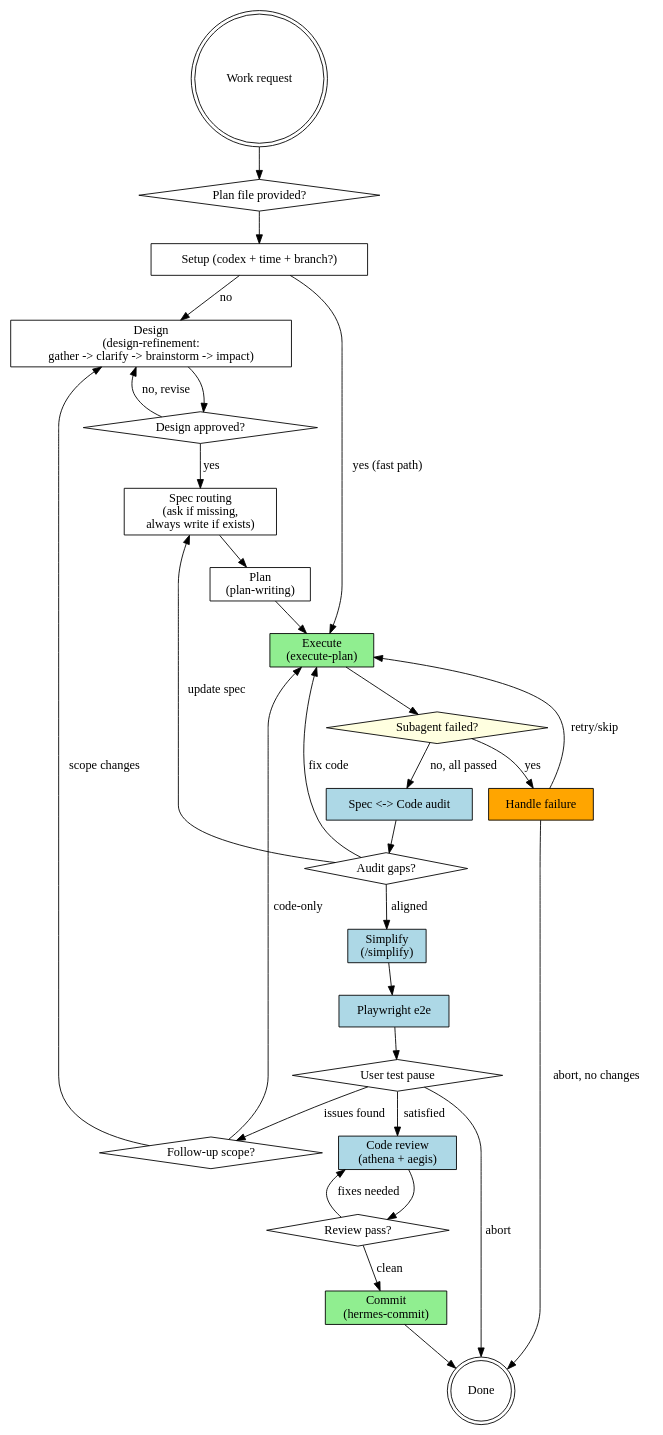
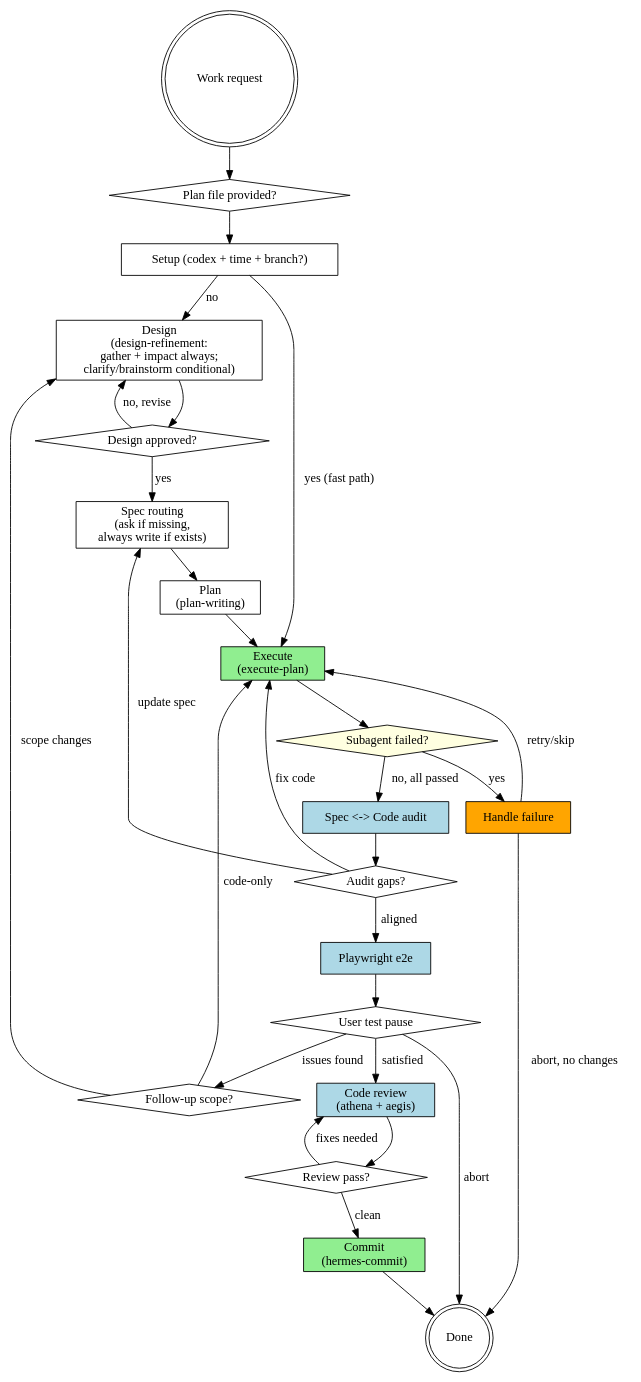
One commit to pandaworks-software-plt/pandahrms-skills changed the diagram in skills/atlas-pipeline-orchestrator/SKILL.md. Above: the diagram before and after it, drawn with Graphviz. The commit also changed other lines of this file and 4 other files, not shown here.

First line of the commit message:
refactor(skills): conditional design phases, optional spec-review, spec-path fixes

````diff
--- a/skills/atlas-pipeline-orchestrator/SKILL.md
+++ b/skills/atlas-pipeline-orchestrator/SKILL.md
@@ -234,54 +233,52 @@
 ```dot
 digraph atlas_pipeline {
     "Work request" [shape=doublecircle];
     "Plan file provided?" [shape=diamond];
     "Setup (codex + time + branch?)" [shape=box];
-    "Design\n(design-refinement:\ngather -> clarify -> brainstorm -> impact)" [shape=box];
+    "Design\n(design-refinement:\ngather + impact always;\nclarify/brainstorm conditional)" [shape=box];
     "Design approved?" [shape=diamond];
     "Spec routing\n(ask if missing,\nalways write if exists)" [shape=box];
     "Plan\n(plan-writing)" [shape=box];
     "Execute\n(execute-plan)" [shape=box, style=filled, fillcolor=lightgreen];
     "Subagent failed?" [shape=diamond, style=filled, fillcolor=lightyellow];
     "Handle failure" [shape=box, style=filled, fillcolor=orange];
     "Spec <-> Code audit" [shape=box, style=filled, fillcolor=lightblue];
     "Audit gaps?" [shape=diamond];
-    "Simplify\n(/simplify)" [shape=box, style=filled, fillcolor=lightblue];
     "Playwright e2e" [shape=box, style=filled, fillcolor=lightblue];
     "User test pause" [shape=diamond];
     "Follow-up scope?" [shape=diamond];
     "Code review\n(athena + aegis)" [shape=box, style=filled, fillcolor=lightblue];
     "Review pass?" [shape=diamond];
     "Commit\n(hermes-commit)" [shape=box, style=filled, fillcolor=lightgreen];
     "Done" [shape=doublecircle];
 
     "Work request" -> "Plan file provided?";
     "Plan file provided?" -> "Setup (codex + time + branch?)";
     "Setup (codex + time + branch?)" -> "Execute\n(execute-plan)" [label="yes (fast path)"];
-    "Setup (codex + time + branch?)" -> "Design\n(design-refinement:\ngather -> clarify -> brainstorm -> impact)" [label="no"];
-    "Design\n(design-refinement:\ngather -> clarify -> brainstorm -> impact)" -> "Design approved?";
-    "Design approved?" -> "Design\n(design-refinement:\ngather -> clarify -> brainstorm -> impact)" [label="no, revise"];
+    "Setup (codex + time + branch?)" -> "Design\n(design-refinement:\ngather + impact always;\nclarify/brainstorm conditional)" [label="no"];
+    "Design\n(design-refinement:\ngather + impact always;\nclarify/brainstorm conditional)" -> "Design approved?";
+    "Design approved?" -> "Design\n(design-refinement:\ngather + impact always;\nclarify/brainstorm conditional)" [label="no, revise"];
     "Design approved?" -> "Spec routing\n(ask if missing,\nalways write if exists)" [label="yes"];
     "Spec routing\n(ask if missing,\nalways write if exists)" -> "Plan\n(plan-writing)";
     "Plan\n(plan-writing)" -> "Execute\n(execute-plan)";
     "Execute\n(execute-plan)" -> "Subagent failed?";
     "Subagent failed?" -> "Handle failure" [label="yes"];
     "Handle failure" -> "Execute\n(execute-plan)" [label="retry/skip"];
     "Handle failure" -> "Done" [label="abort, no changes"];
     "Subagent failed?" -> "Spec <-> Code audit" [label="no, all passed"];
     "Spec <-> Code audit" -> "Audit gaps?";
     "Audit gaps?" -> "Execute\n(execute-plan)" [label="fix code"];
     "Audit gaps?" -> "Spec routing\n(ask if missing,\nalways write if exists)" [label="update spec"];
-    "Audit gaps?" -> "Simplify\n(/simplify)" [label="aligned"];
-    "Simplify\n(/simplify)" -> "Playwright e2e";
+    "Audit gaps?" -> "Playwright e2e" [label="aligned"];
     "Playwright e2e" -> "User test pause";
     "User test pause" -> "Follow-up scope?" [label="issues found"];
-    "Follow-up scope?" -> "Design\n(design-refinement:\ngather -> clarify -> brainstorm -> impact)" [label="scope changes"];
+    "Follow-up scope?" -> "Design\n(design-refinement:\ngather + impact always;\nclarify/brainstorm conditional)" [label="scope changes"];
     "Follow-up scope?" -> "Execute\n(execute-plan)" [label="code-only"];
     "User test pause" -> "Code review\n(athena + aegis)" [label="satisfied"];
     "User test pause" -> "Done" [label="abort"];
     "Code review\n(athena + aegis)" -> "Review pass?";
     "Review pass?" -> "Code review\n(athena + aegis)" [label="fixes needed"];
     "Review pass?" -> "Commit\n(hermes-commit)" [label="clean"];
     "Commit\n(hermes-commit)" -> "Done";
 }
 ```
````
